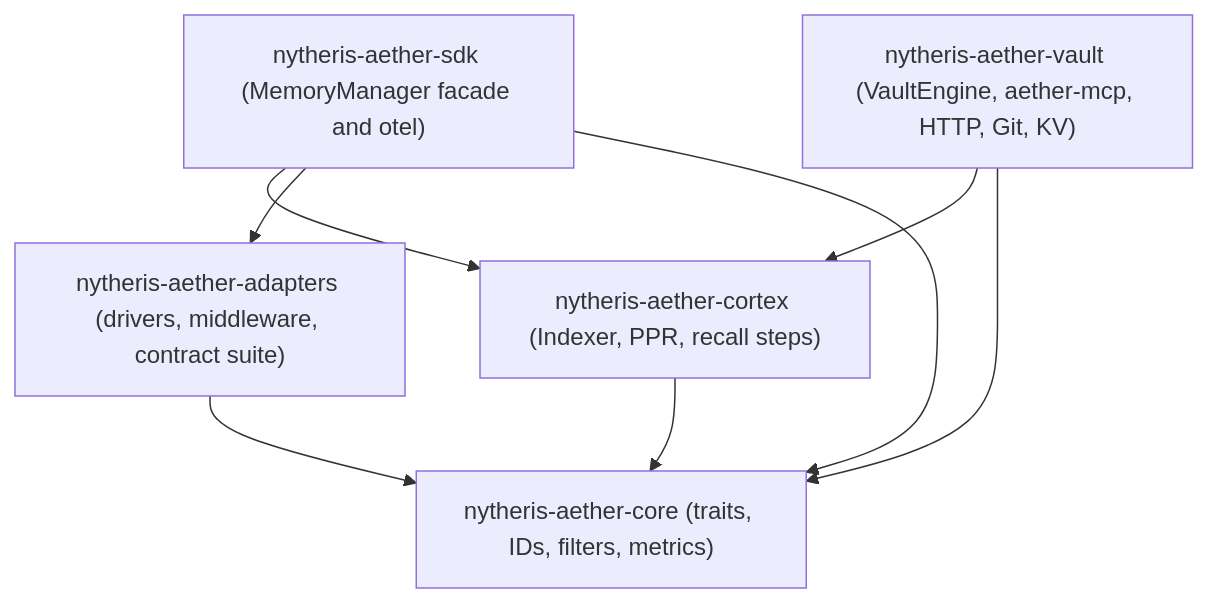
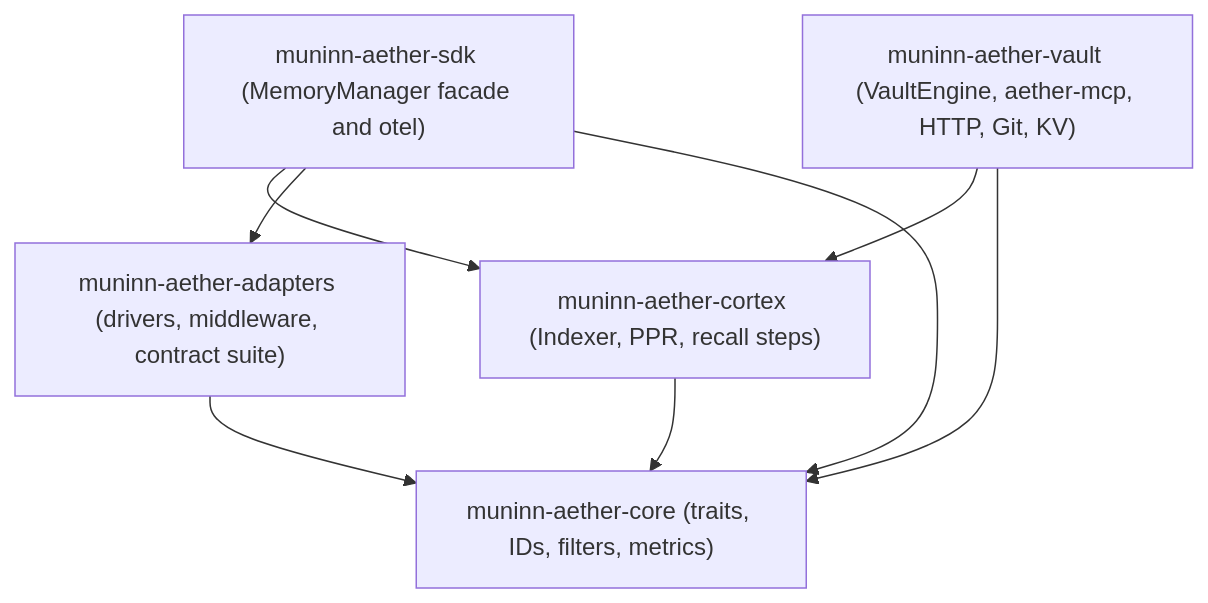
The first of 3 diagrams in docs/concepts/index.md (Nytheris-AI/aether-sdk), drawn with Mermaid before and after one commit. The commit also changed other lines of this file and 111 other files, not shown here.

````diff
--- a/docs/concepts/index.md
+++ b/docs/concepts/index.md
@@ -27,10 +27,10 @@
 ```mermaid
 flowchart TD
-    SDK["nytheris-aether-sdk (MemoryManager facade and otel)"] --> CORTEX["nytheris-aether-cortex (Indexer, PPR, recall steps)"]
-    SDK --> ADAPTERS["nytheris-aether-adapters (drivers, middleware, contract suite)"]
-    SDK --> CORE["nytheris-aether-core (traits, IDs, filters, metrics)"]
-    VAULT["nytheris-aether-vault (VaultEngine, aether-mcp, HTTP, Git, KV)"] --> CORTEX
+    SDK["muninn-aether-sdk (MemoryManager facade and otel)"] --> CORTEX["muninn-aether-cortex (Indexer, PPR, recall steps)"]
+    SDK --> ADAPTERS["muninn-aether-adapters (drivers, middleware, contract suite)"]
+    SDK --> CORE["muninn-aether-core (traits, IDs, filters, metrics)"]
+    VAULT["muninn-aether-vault (VaultEngine, aether-mcp, HTTP, Git, KV)"] --> CORTEX
     VAULT --> CORE
     CORTEX --> CORE
     ADAPTERS --> CORE
 ```
````
